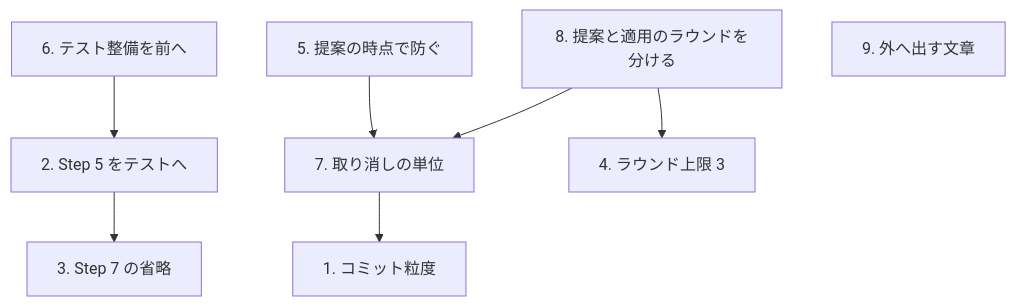
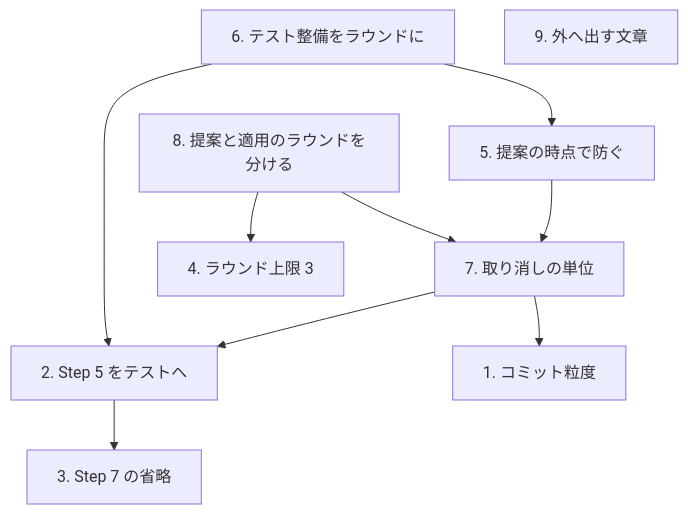
Before and after one commit to devbasex/ai-plugins: the diagram in issues/issue-436-cross-refactoring-flow/01-requirements.md, drawn with Mermaid. The commit also changed other lines of this file and 1 other file, not shown here.

````diff
--- a/issues/issue-436-cross-refactoring-flow/01-requirements.md
+++ b/issues/issue-436-cross-refactoring-flow/01-requirements.md
@@ -56,10 +56,12 @@
 ```mermaid
 flowchart TD
-    C6["6. テスト整備を前へ"] --> C2["2. Step 5 をテストへ"]
+    C6["6. テスト整備をラウンドに"] --> C2["2. Step 5 をテストへ"]
+    C6 --> C5["5. 提案の時点で防ぐ"]
     C2 --> C3["3. Step 7 の省略"]
     C8["8. 提案と適用のラウンドを分ける"] --> C7["7. 取り消しの単位"]
     C8 --> C4["4. ラウンド上限 3"]
     C7 --> C1["1. コミット粒度"]
-    C5["5. 提案の時点で防ぐ"] --> C7
+    C7 --> C2
+    C5 --> C7
     C9["9. 外へ出す文章"]
 ```
````
